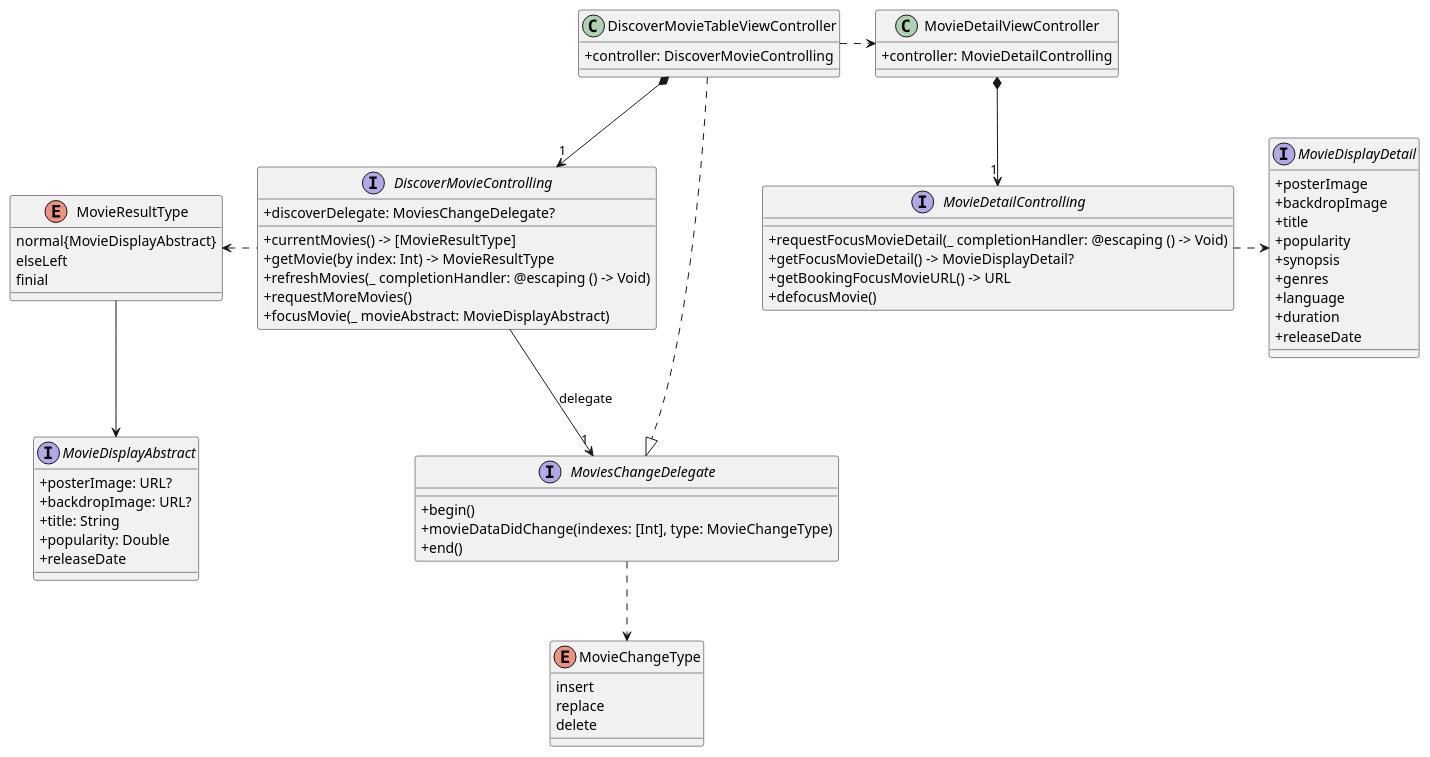
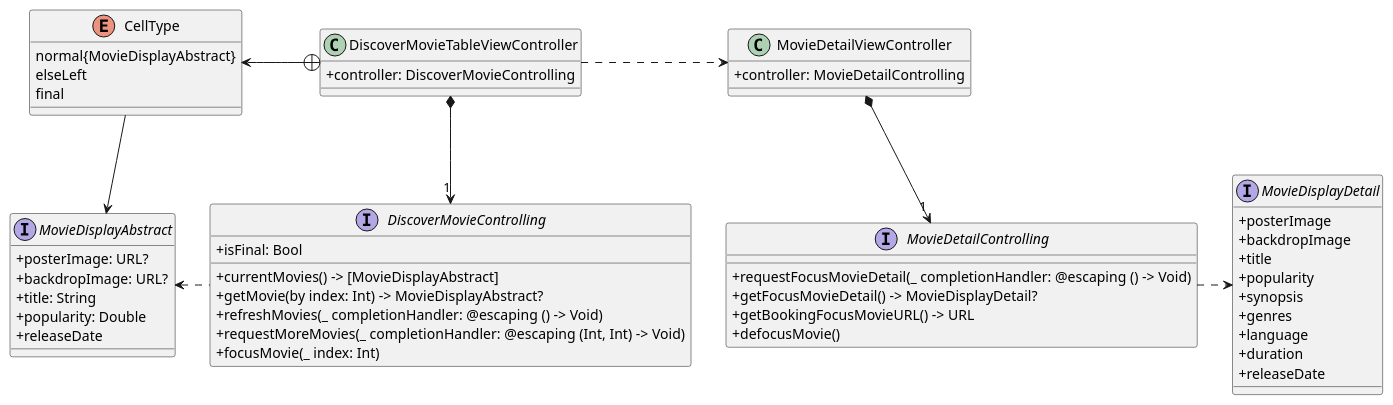
Before and after one commit to willsbor/CinemaForYou: the first of 4 diagrams in README.md, drawn with PlantUML. The commit also changed 3 other files, not shown here.

````diff
--- a/README.md
+++ b/README.md
@@ -20,79 +20,64 @@
 ```puml
 skinparam classAttributeIconSize 0
 
 class DiscoverMovieTableViewController {
   +controller: DiscoverMovieControlling
 }
 
 interface DiscoverMovieControlling {
-  +discoverDelegate: MoviesChangeDelegate?
-  +currentMovies() -> [MovieResultType]
-  +getMovie(by index: Int) -> MovieResultType
+  +isFinal: Bool
+  +currentMovies() -> [MovieDisplayAbstract]
+  +getMovie(by index: Int) -> MovieDisplayAbstract?
   +refreshMovies(_ completionHandler: @escaping () -> Void)
-  +requestMoreMovies()
-  +focusMovie(_ movieAbstract: MovieDisplayAbstract)
+  +requestMoreMovies(_ completionHandler: @escaping (Int, Int) -> Void)
+  +focusMovie(_ index: Int)
 }
 
-enum MovieResultType {
+enum CellType {
   normal{MovieDisplayAbstract}
   elseLeft
-  finial
+  final
 }
 
 interface MovieDisplayAbstract {
   +posterImage: URL?
   +backdropImage: URL?
   +title: String
   +popularity: Double
   +releaseDate
-}
-
-enum MovieChangeType {
-    insert
-    replace
-    delete
-}
-
-interface MoviesChangeDelegate {
-  +begin()
-  +movieDataDidChange(indexes: [Int], type: MovieChangeType)
-  +end()
 }
 
 class MovieDetailViewController {
   +controller: MovieDetailControlling
 }
 
 interface MovieDetailControlling {
   +requestFocusMovieDetail(_ completionHandler: @escaping () -> Void)
   +getFocusMovieDetail() -> MovieDisplayDetail?
   +getBookingFocusMovieURL() -> URL
   +defocusMovie()
 }
 
 interface MovieDisplayDetail {
   +posterImage
   +backdropImage
   +title
   +popularity
   +synopsis
   +genres
   +language
   +duration
   +releaseDate
 }
 
 DiscoverMovieTableViewController .right.> MovieDetailViewController
 
 DiscoverMovieTableViewController *--> "1" DiscoverMovieControlling
-DiscoverMovieControlling .left.> MovieResultType
-MovieResultType --> MovieDisplayAbstract
-DiscoverMovieControlling --> "1" MoviesChangeDelegate : delegate
-MoviesChangeDelegate ..> MovieChangeType
-
-DiscoverMovieTableViewController ..|> MoviesChangeDelegate
+DiscoverMovieControlling .left.> MovieDisplayAbstract
+DiscoverMovieTableViewController +-left-> CellType
+CellType --> MovieDisplayAbstract
 
 MovieDetailViewController *--> "1" MovieDetailControlling
 MovieDetailControlling .right.> MovieDisplayDetail
 
 ```
````
